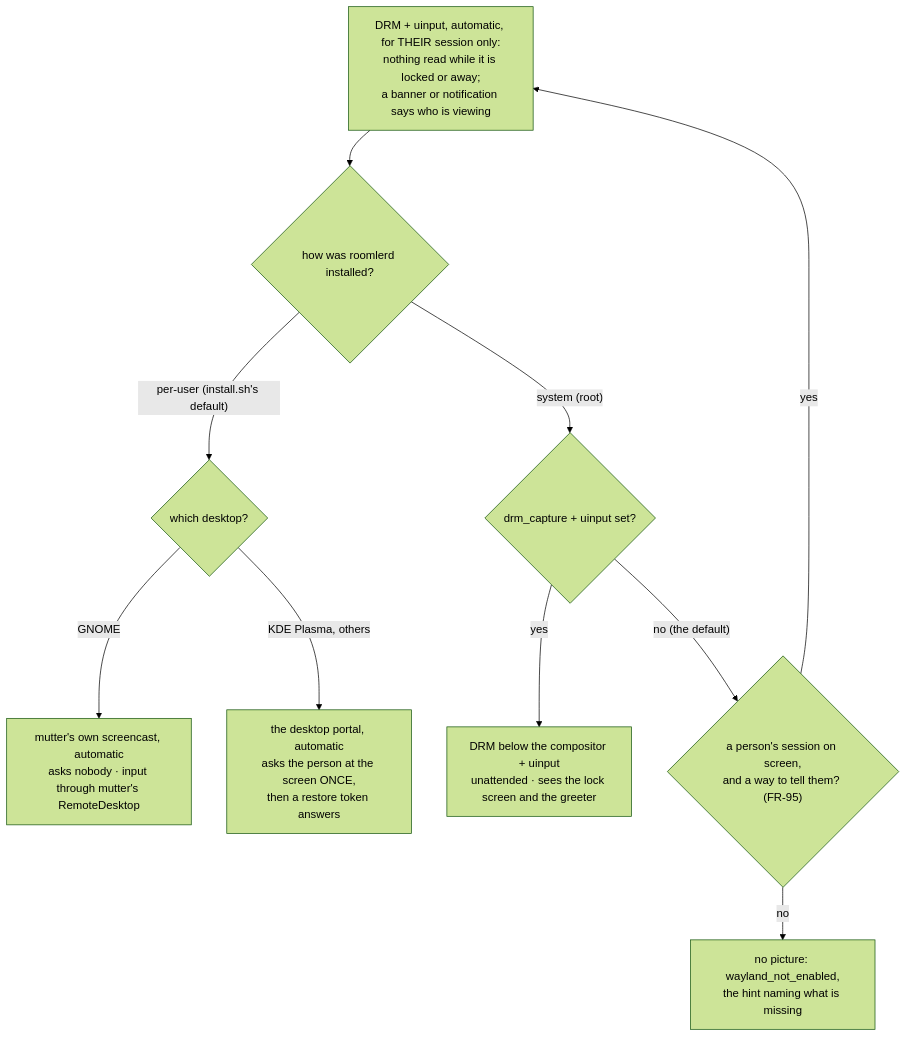
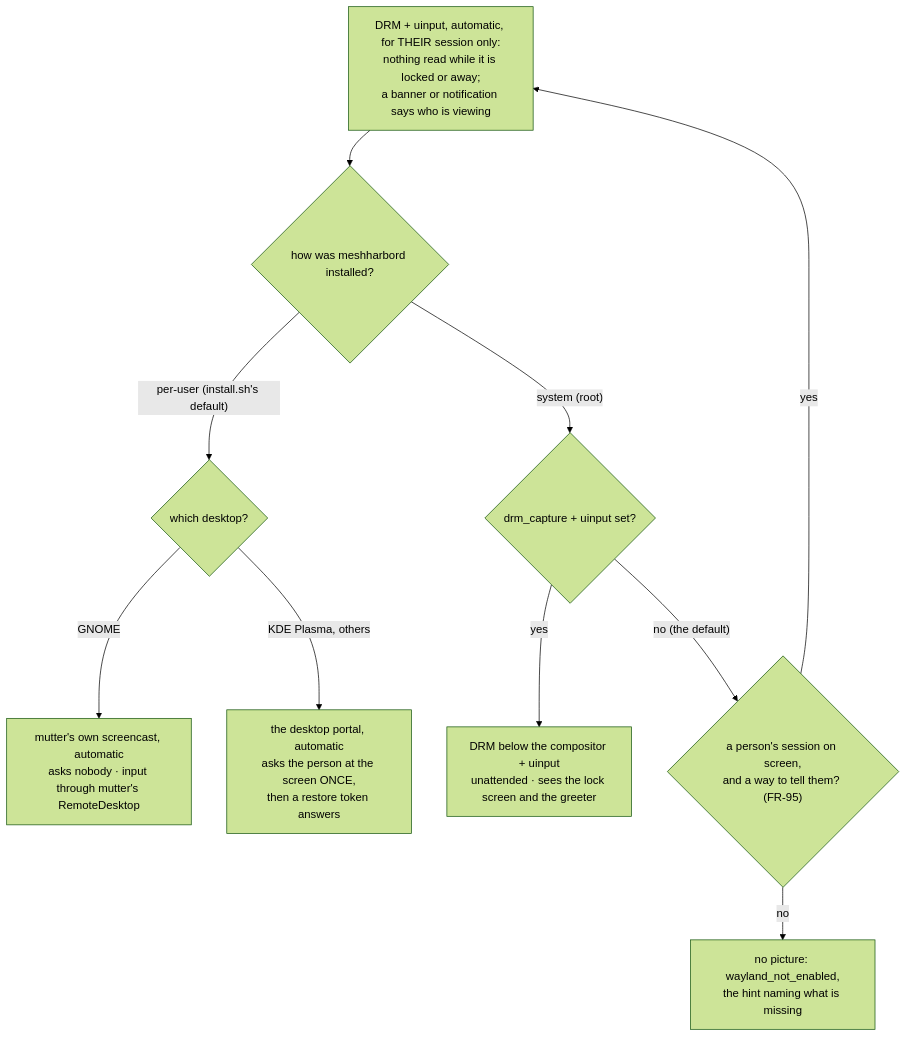
Before and after one commit to jk-zhang-meta/MeshHarbor: the first of 2 diagrams in docs/wayland.md, drawn with Mermaid (forest theme). The commit also changed other lines of this file and 682 other files, not shown here.

````diff
--- a/docs/wayland.md
+++ b/docs/wayland.md
@@ -19,12 +19,12 @@
 ```mermaid
 flowchart TD
-    A([a Linux host showing a Wayland desktop]) --> I{"how was roomlerd installed?"}
+    A([a Linux host showing a Wayland desktop]) --> I{"how was meshharbord installed?"}
     I -- "per-user (install.sh's default)" --> D{"which desktop?"}
     D -- "GNOME" --> M["mutter's own screencast, automatic<br/>asks nobody · input through mutter's RemoteDesktop"]
     D -- "KDE Plasma, others" --> P["the desktop portal, automatic<br/>asks the person at the screen ONCE,<br/>then a restore token answers"]
     I -- "system (root)" --> K{"drm_capture + uinput set?"}
     K -- "yes" --> R["DRM below the compositor + uinput<br/>unattended · sees the lock screen and the greeter"]
     K -- "no (the default)" --> T{"a person's session on screen,<br/>and a way to tell them? (FR-95)"}
     T -- "yes" --> A["DRM + uinput, automatic, for THEIR session only:<br/>nothing read while it is locked or away;<br/>a banner or notification says who is viewing"]
     T -- "no" --> W["no picture: wayland_not_enabled,<br/>the hint naming what is missing"]
 ```
````
